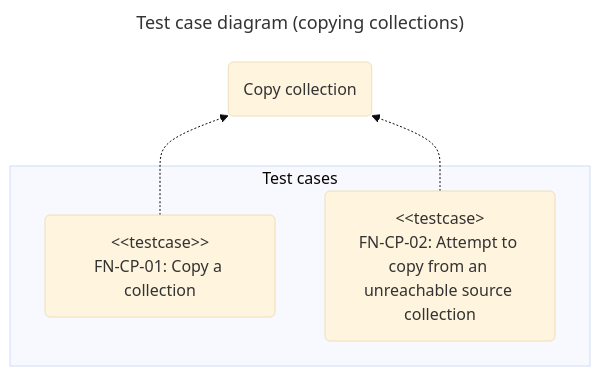
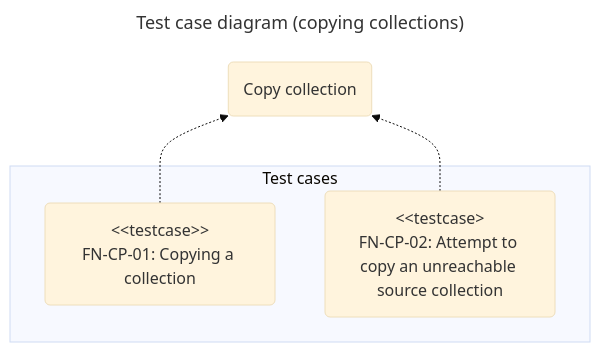
One commit to chromiodev/chromie-tool changed the sixth of 8 diagrams in docs/spec/tests/functional.en.md. Above: the diagram before and after it, drawn with Mermaid (base theme). The commit also changed other lines of this file and 5 other files, not shown here.

````diff
--- a/docs/spec/tests/functional.en.md
+++ b/docs/spec/tests/functional.en.md
@@ -550,18 +603,18 @@
 ```mermaid
 ---
 title: Test case diagram (copying collections)
 config:
 ---
 
 graph BT
   %% use cases
   copyColl@{ shape: "rounded", label: "Copy collection" }
 
   subgraph "Test cases"
-    copyReachableColl@{ shape: "rounded", label: "#lt;#lt;testcase>><br>FN-CP-01: Copy a collection" }
-    copyNonReachableColl@{ shape: "rounded", label: "#lt;#lt;testcase><br>FN-CP-02: Attempt to copy from an unreachable source collection" }
+    copyReachableColl@{ shape: "rounded", label: "#lt;#lt;testcase>><br>FN-CP-01: Copying a collection" }
+    copyNonReachableColl@{ shape: "rounded", label: "#lt;#lt;testcase><br>FN-CP-02: Attempt to copy an unreachable source collection" }
   end
 
   copyReachableColl -.-> copyColl
   copyNonReachableColl -.-> copyColl
 ```
````
